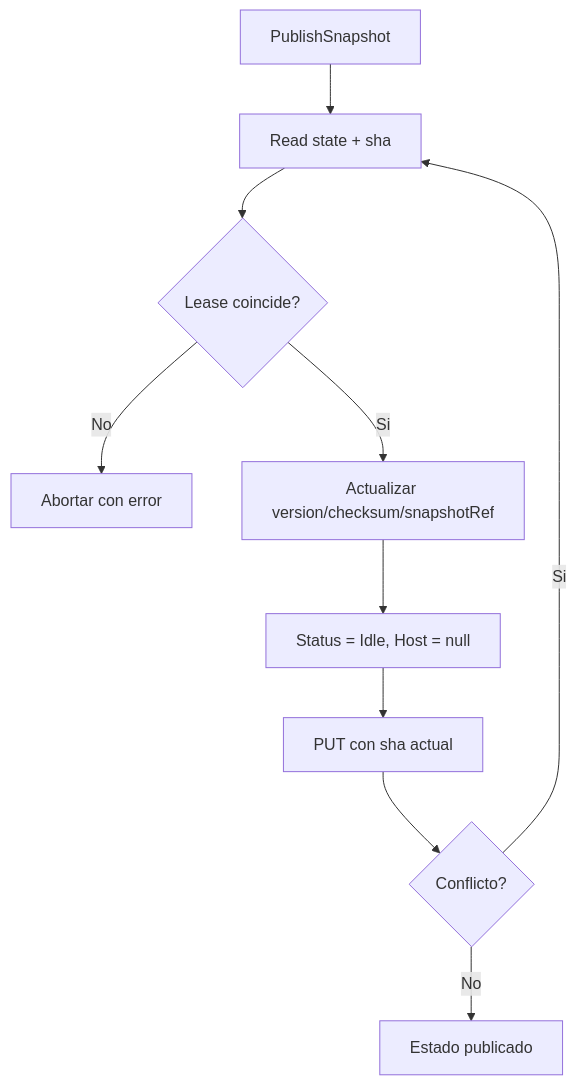
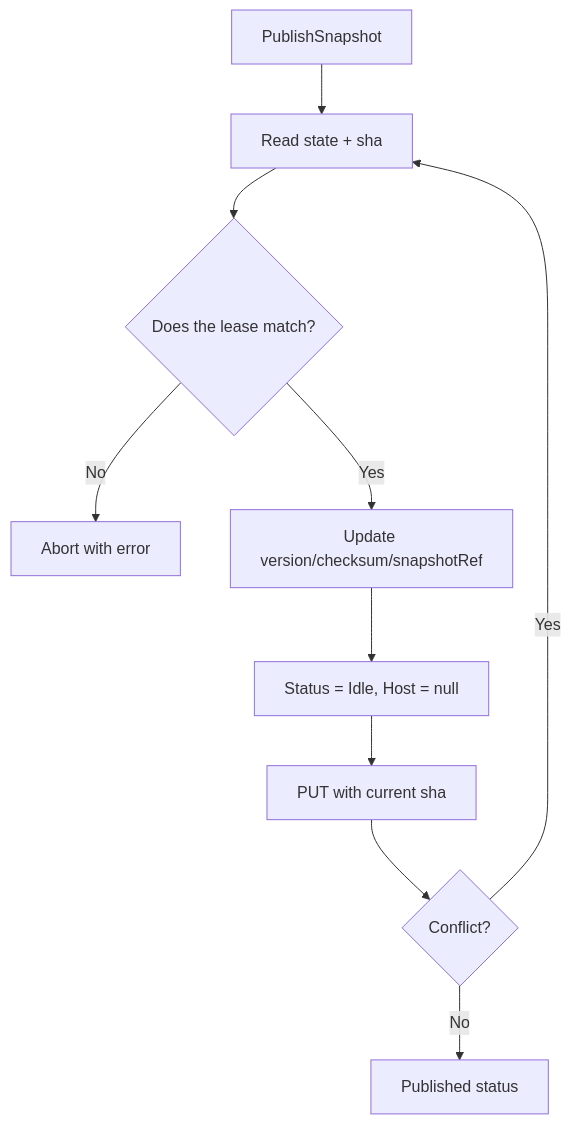
Before and after one commit to fnandoth/mcsync: the second of 2 diagrams in src/GitHub/README.md, drawn with Mermaid. The commit also changed other lines of this file and 14 other files, not shown here.

````diff
--- a/src/GitHub/README.md
+++ b/src/GitHub/README.md
@@ -35,12 +37,12 @@
 ```mermaid
 flowchart TD
     A[PublishSnapshot] --> B[Read state + sha]
-    B --> C{Lease coincide?}
-    C -- No --> D[Abortar con error]
-    C -- Si --> E[Actualizar version/checksum/snapshotRef]
+    B --> C{Does the lease match?}
+    C -- No --> D[Abort with error]
+    C -- Yes --> E[Update version/checksum/snapshotRef]
     E --> F[Status = Idle, Host = null]
-    F --> G[PUT con sha actual]
-    G --> H{Conflicto?}
-    H -- Si --> B
-    H -- No --> I[Estado publicado]
+    F --> G[PUT with current sha]
+    G --> H{Conflict?}
+    H -- Yes --> B
+    H -- No --> I[Published status]
 ```
````
